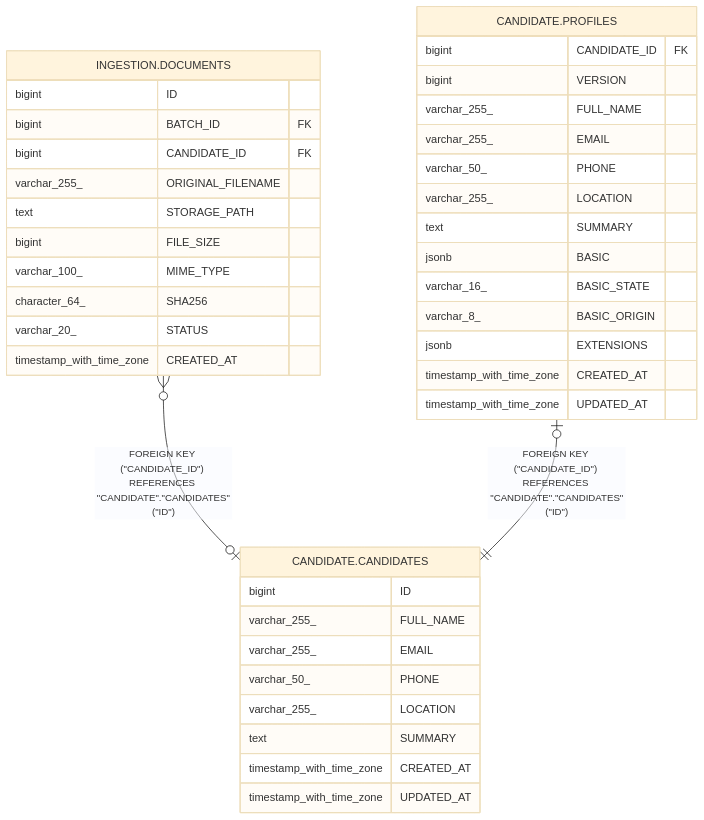
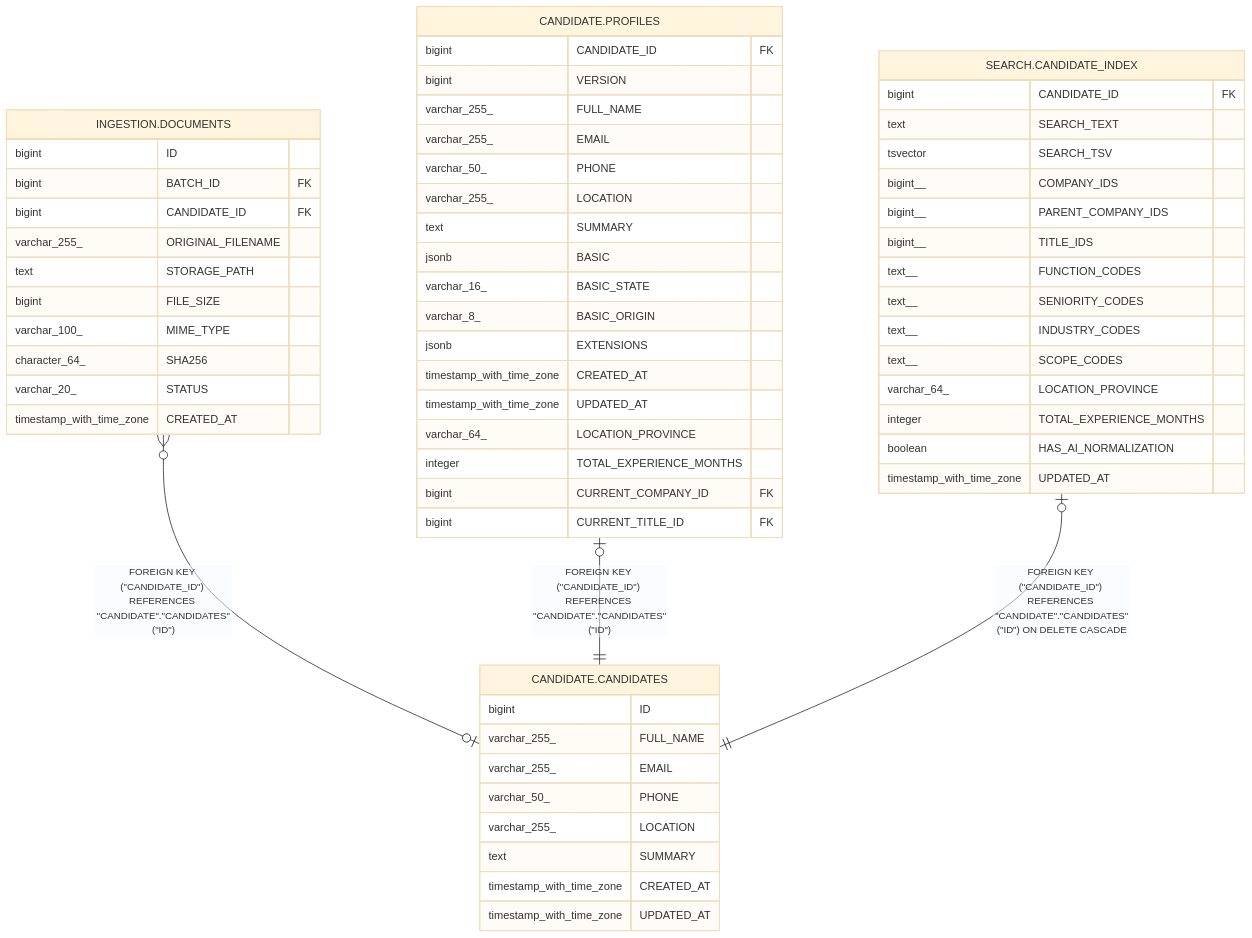
Before and after one commit to happidude/cv-compass: the diagram in docs/db/CANDIDATE.CANDIDATES.md, drawn with Mermaid (base theme). The commit also changed other lines of this file and 32 other files, not shown here.

First line of the commit message:
feat(catalog): add catalog and search schemas with taxonomy and seed import

````diff
--- a/docs/db/CANDIDATE.CANDIDATES.md
+++ b/docs/db/CANDIDATE.CANDIDATES.md
@@ -34,44 +34,65 @@
 ```mermaid
 erDiagram
 
 "INGESTION.DOCUMENTS" }o--o| "CANDIDATE.CANDIDATES" : "FOREIGN KEY (#quot;CANDIDATE_ID#quot;) REFERENCES #quot;CANDIDATE#quot;.#quot;CANDIDATES#quot;(#quot;ID#quot;)"
 "CANDIDATE.PROFILES" |o--|| "CANDIDATE.CANDIDATES" : "FOREIGN KEY (#quot;CANDIDATE_ID#quot;) REFERENCES #quot;CANDIDATE#quot;.#quot;CANDIDATES#quot;(#quot;ID#quot;)"
+"SEARCH.CANDIDATE_INDEX" |o--|| "CANDIDATE.CANDIDATES" : "FOREIGN KEY (#quot;CANDIDATE_ID#quot;) REFERENCES #quot;CANDIDATE#quot;.#quot;CANDIDATES#quot;(#quot;ID#quot;) ON DELETE CASCADE"
 
 "CANDIDATE.CANDIDATES" {
   bigint ID
   varchar_255_ FULL_NAME
   varchar_255_ EMAIL
   varchar_50_ PHONE
   varchar_255_ LOCATION
   text SUMMARY
   timestamp_with_time_zone CREATED_AT
   timestamp_with_time_zone UPDATED_AT
 }
 "INGESTION.DOCUMENTS" {
   bigint ID
   bigint BATCH_ID FK
   bigint CANDIDATE_ID FK
   varchar_255_ ORIGINAL_FILENAME
   text STORAGE_PATH
   bigint FILE_SIZE
   varchar_100_ MIME_TYPE
   character_64_ SHA256
   varchar_20_ STATUS
   timestamp_with_time_zone CREATED_AT
 }
 "CANDIDATE.PROFILES" {
   bigint CANDIDATE_ID FK
   bigint VERSION
   varchar_255_ FULL_NAME
   varchar_255_ EMAIL
   varchar_50_ PHONE
   varchar_255_ LOCATION
   text SUMMARY
   jsonb BASIC
   varchar_16_ BASIC_STATE
   varchar_8_ BASIC_ORIGIN
   jsonb EXTENSIONS
   timestamp_with_time_zone CREATED_AT
   timestamp_with_time_zone UPDATED_AT
+  varchar_64_ LOCATION_PROVINCE
+  integer TOTAL_EXPERIENCE_MONTHS
+  bigint CURRENT_COMPANY_ID FK
+  bigint CURRENT_TITLE_ID FK
+}
+"SEARCH.CANDIDATE_INDEX" {
+  bigint CANDIDATE_ID FK
+  text SEARCH_TEXT
+  tsvector SEARCH_TSV
+  bigint__ COMPANY_IDS
+  bigint__ PARENT_COMPANY_IDS
+  bigint__ TITLE_IDS
+  text__ FUNCTION_CODES
+  text__ SENIORITY_CODES
+  text__ INDUSTRY_CODES
+  text__ SCOPE_CODES
+  varchar_64_ LOCATION_PROVINCE
+  integer TOTAL_EXPERIENCE_MONTHS
+  boolean HAS_AI_NORMALIZATION
+  timestamp_with_time_zone UPDATED_AT
 }
 ```
````
